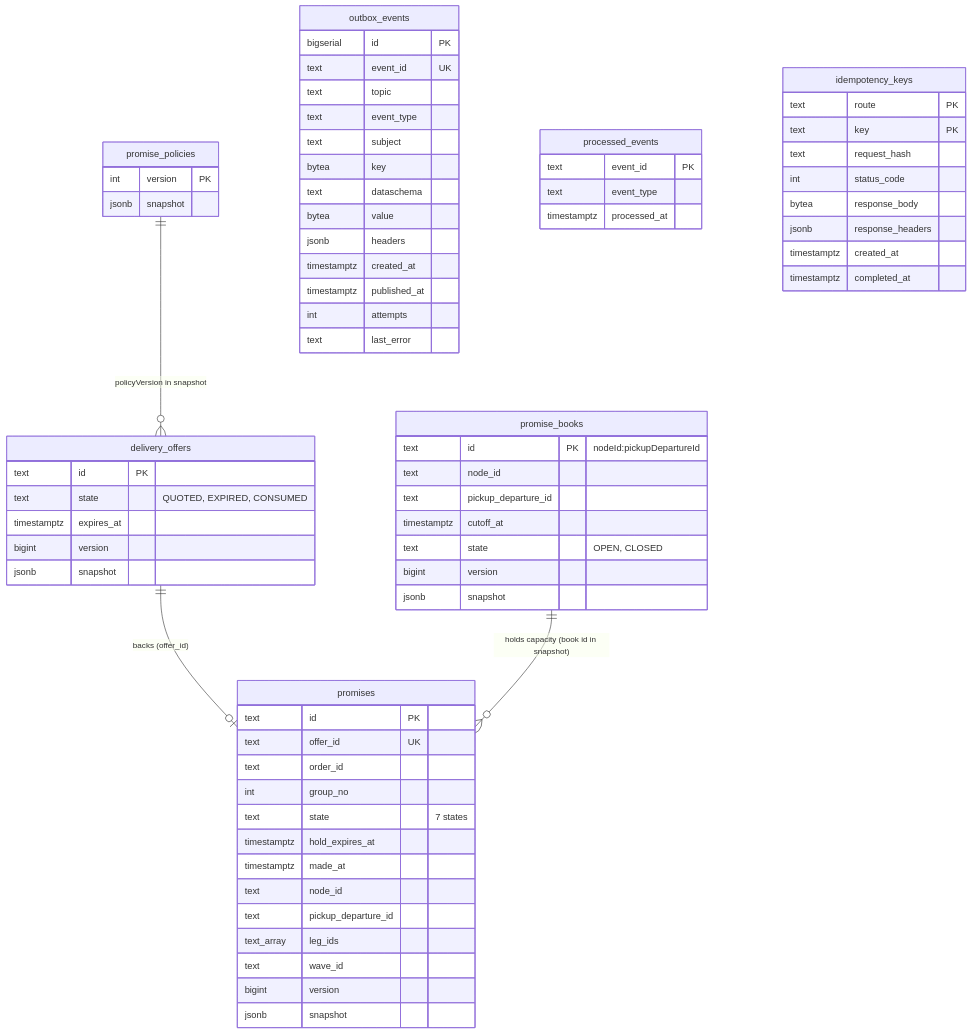
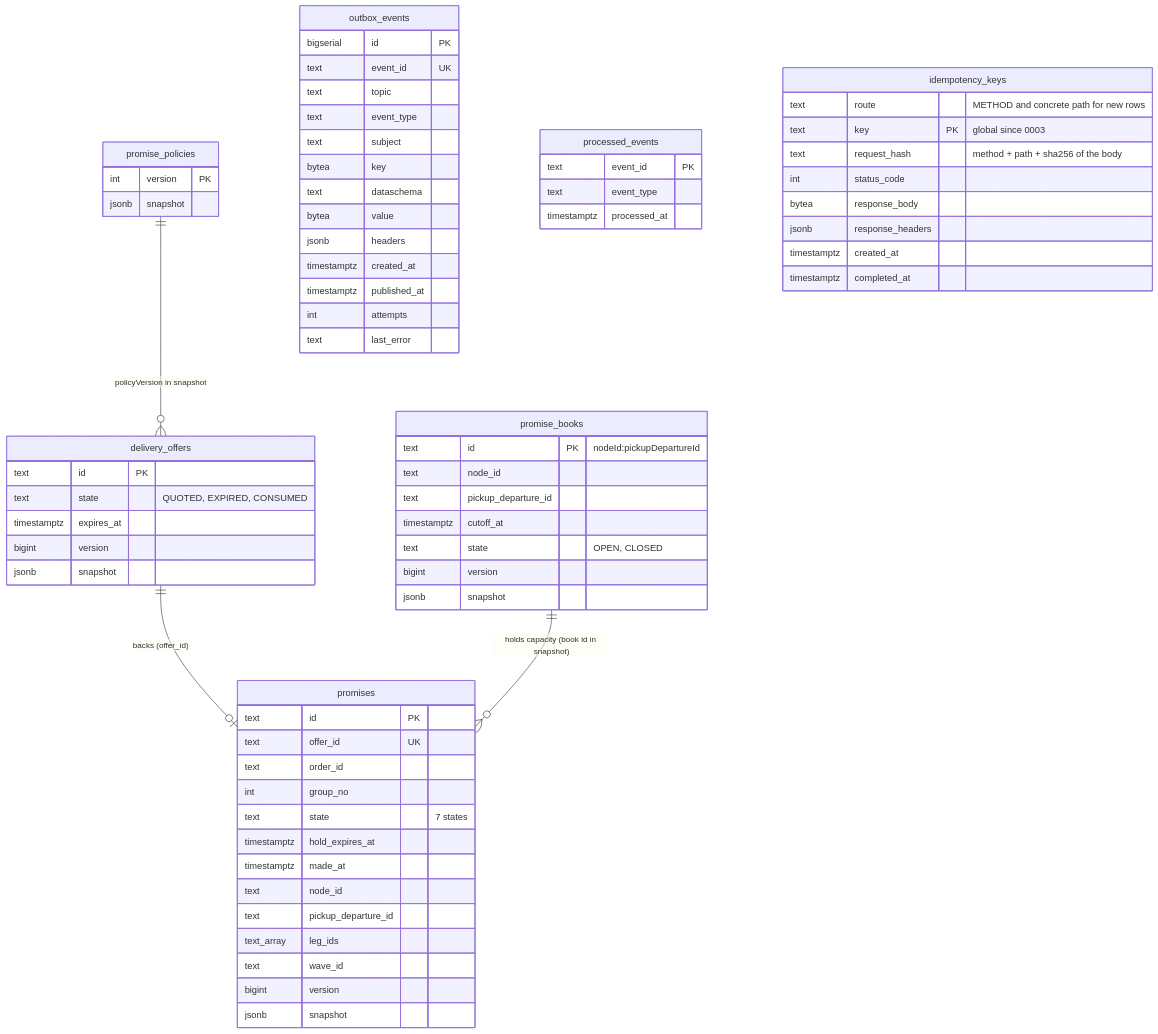
The first of 3 diagrams in docs/docs/ddd/entity-relationship.md (IQVO/delivery-promise), drawn with Mermaid before and after one commit. The commit also changed other lines of this file and 1 other file, not shown here.

Commit message:
docs: add the analytical database to the ER page and runbook; fix idempotency_keys key and migration list

````diff
--- a/docs/docs/ddd/entity-relationship.md
+++ b/docs/docs/ddd/entity-relationship.md
@@ -14,71 +14,71 @@
 ```mermaid
 erDiagram
   delivery_offers {
     text id PK
     text state "QUOTED, EXPIRED, CONSUMED"
     timestamptz expires_at
     bigint version
     jsonb snapshot
   }
   promises {
     text id PK
     text offer_id UK
     text order_id
     int group_no
     text state "7 states"
     timestamptz hold_expires_at
     timestamptz made_at
     text node_id
     text pickup_departure_id
     text_array leg_ids
     text wave_id
     bigint version
     jsonb snapshot
   }
   promise_books {
     text id PK "nodeId:pickupDepartureId"
     text node_id
     text pickup_departure_id
     timestamptz cutoff_at
     text state "OPEN, CLOSED"
     bigint version
     jsonb snapshot
   }
   promise_policies {
     int version PK
     jsonb snapshot
   }
   outbox_events {
     bigserial id PK
     text event_id UK
     text topic
     text event_type
     text subject
     bytea key
     text dataschema
     bytea value
     jsonb headers
     timestamptz created_at
     timestamptz published_at
     int attempts
     text last_error
   }
   processed_events {
     text event_id PK
     text event_type
     timestamptz processed_at
   }
   idempotency_keys {
-    text route PK
-    text key PK
-    text request_hash
+    text route "METHOD and concrete path for new rows"
+    text key PK "global since 0003"
+    text request_hash "method + path + sha256 of the body"
     int status_code
     bytea response_body
     jsonb response_headers
     timestamptz created_at
     timestamptz completed_at
   }
   delivery_offers ||--o| promises : "backs (offer_id)"
   promise_books ||--o{ promises : "holds capacity (book id in snapshot)"
   promise_policies ||--o{ delivery_offers : "policyVersion in snapshot"
 ```
````
